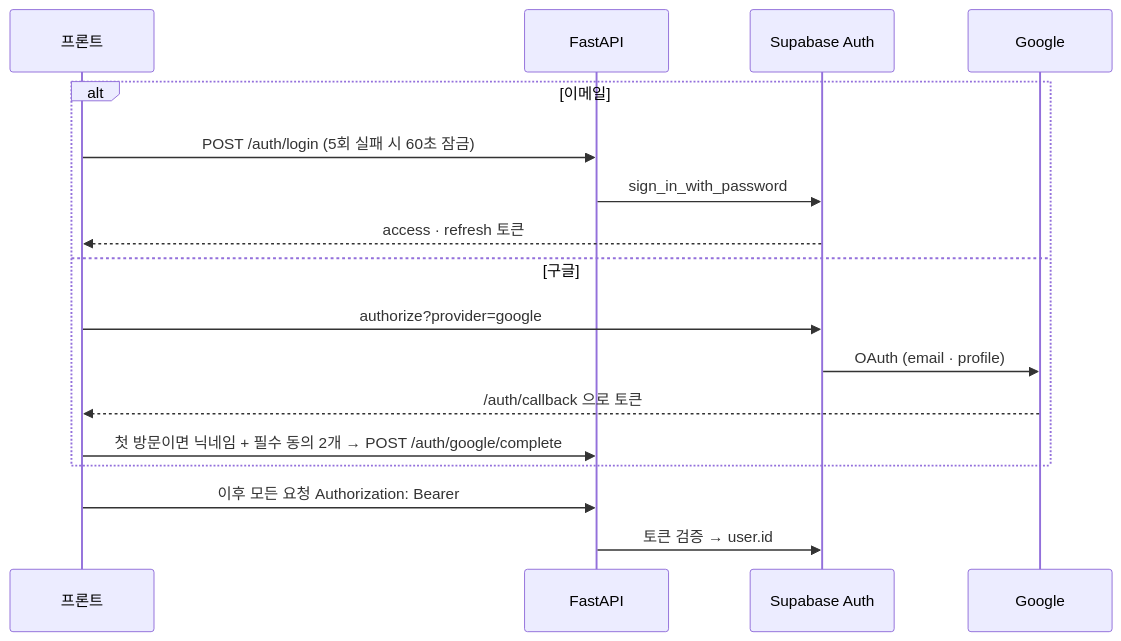
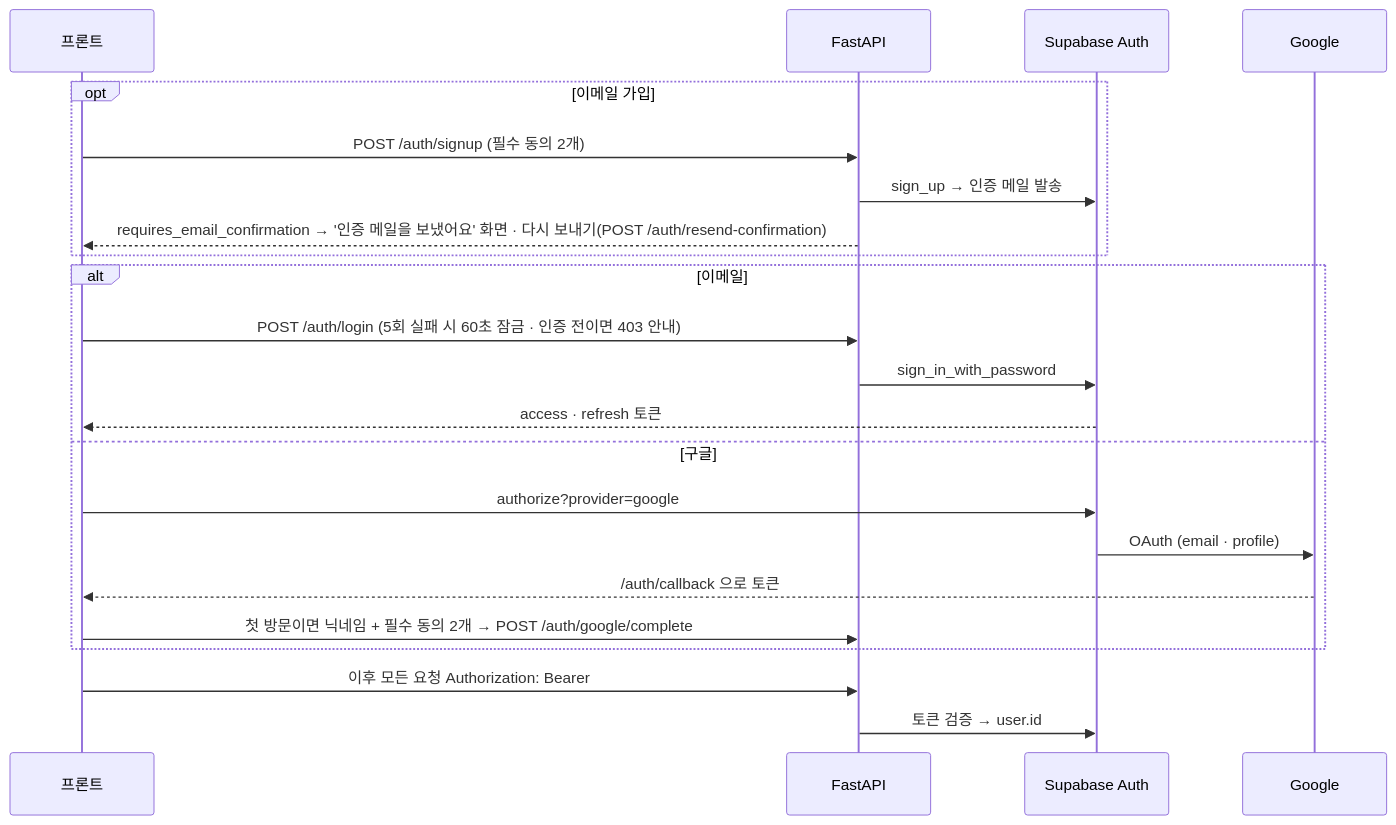
One commit to dinf7605/Codyssey_FinalProject changed the eighth of 9 diagrams in docs/architecture.md. Above: the diagram before and after it, drawn with Mermaid. The commit also changed other lines of this file and 4 other files, not shown here.

````diff
--- a/docs/architecture.md
+++ b/docs/architecture.md
@@ -257,19 +272,24 @@
 ```mermaid
 sequenceDiagram
     participant FE as 프론트
     participant API as FastAPI
     participant SA as Supabase Auth
     participant G as Google
+    opt 이메일 가입
+        FE->>API: POST /auth/signup (필수 동의 2개)
+        API->>SA: sign_up → 인증 메일 발송
+        API-->>FE: requires_email_confirmation → '인증 메일을 보냈어요' 화면 · 다시 보내기(POST /auth/resend-confirmation)
+    end
     alt 이메일
-        FE->>API: POST /auth/login (5회 실패 시 60초 잠금)
+        FE->>API: POST /auth/login (5회 실패 시 60초 잠금 · 인증 전이면 403 안내)
         API->>SA: sign_in_with_password
         SA-->>FE: access · refresh 토큰
     else 구글
         FE->>SA: authorize?provider=google
         SA->>G: OAuth (email · profile)
         G-->>FE: /auth/callback 으로 토큰
         FE->>API: 첫 방문이면 닉네임 + 필수 동의 2개 → POST /auth/google/complete
     end
     FE->>API: 이후 모든 요청 Authorization: Bearer
     API->>SA: 토큰 검증 → user.id
 ```
````
